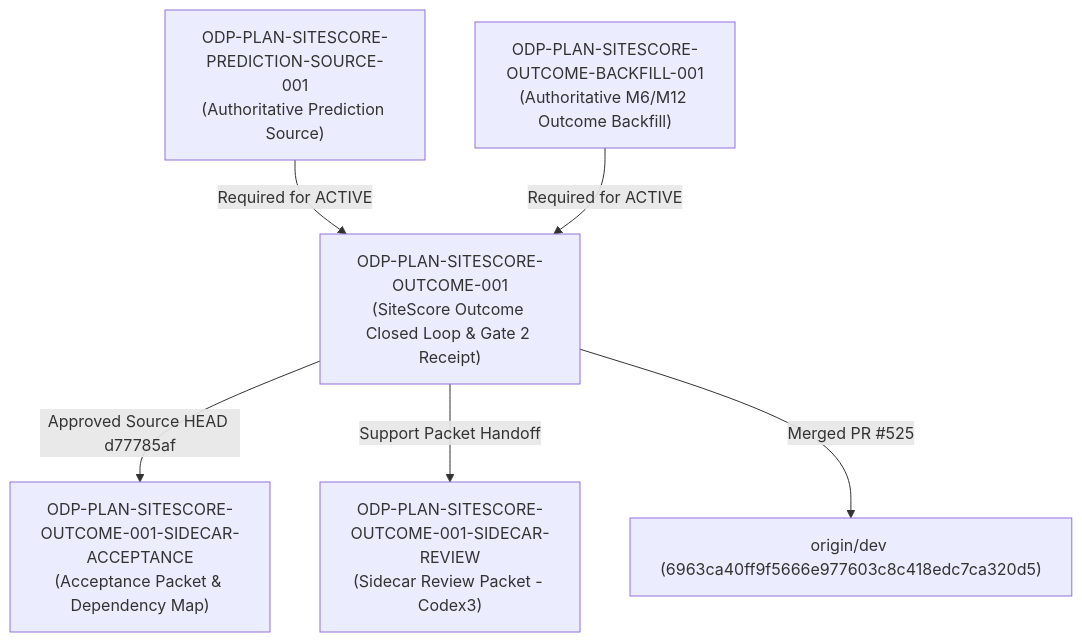
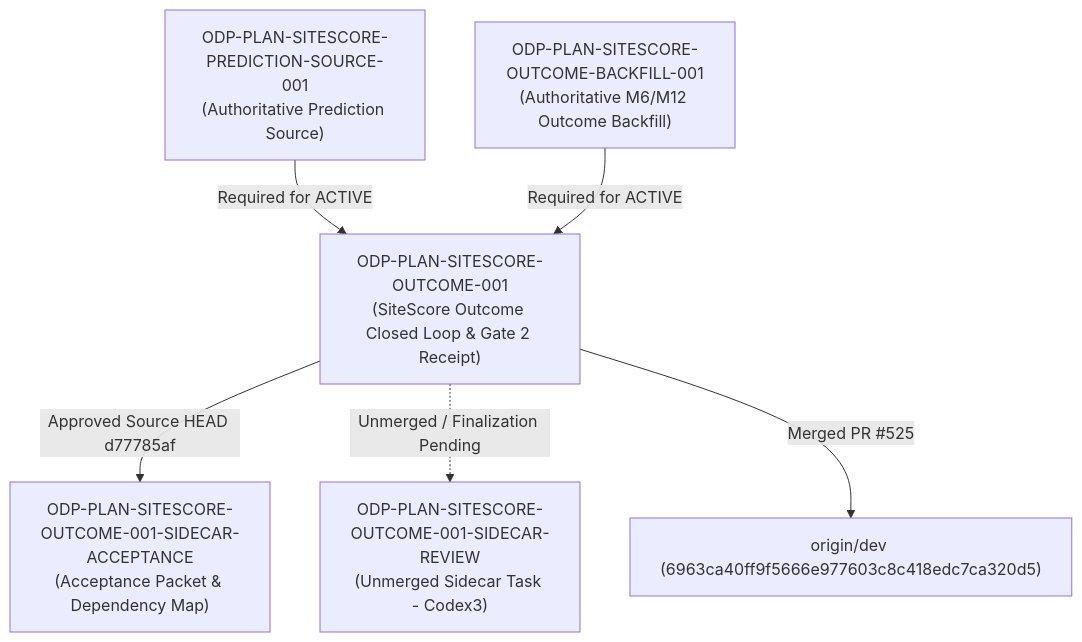
The diagram in support/sidecars/ODP-PLAN-SITESCORE-OUTCOME-001/ODP-PLAN-SITESCORE-OUTCOME-001-SIDECAR-ACCEPTANCE.md (alfloop-dev/odayplus), drawn with Mermaid before and after one commit. The commit also changed other lines of this file, not shown here.

First line of the commit message:
ODP-PLAN-SITESCORE-OUTCOME-001-SIDECAR-ACCEPTANCE: normalize test matrix and source basis

````diff
--- a/support/sidecars/ODP-PLAN-SITESCORE-OUTCOME-001/ODP-PLAN-SITESCORE-OUTCOME-001-SIDECAR-ACCEPTANCE.md
+++ b/support/sidecars/ODP-PLAN-SITESCORE-OUTCOME-001/ODP-PLAN-SITESCORE-OUTCOME-001-SIDECAR-ACCEPTANCE.md
@@ -88,8 +88,8 @@
 ```mermaid
 graph TD
     A["ODP-PLAN-SITESCORE-PREDICTION-SOURCE-001<br/>(Authoritative Prediction Source)"] -->|Required for ACTIVE| C["ODP-PLAN-SITESCORE-OUTCOME-001<br/>(SiteScore Outcome Closed Loop & Gate 2 Receipt)"]
     B["ODP-PLAN-SITESCORE-OUTCOME-BACKFILL-001<br/>(Authoritative M6/M12 Outcome Backfill)"] -->|Required for ACTIVE| C
     C -->|Approved Source HEAD d77785af| D["ODP-PLAN-SITESCORE-OUTCOME-001-SIDECAR-ACCEPTANCE<br/>(Acceptance Packet & Dependency Map)"]
-    C -->|Support Packet Handoff| E["ODP-PLAN-SITESCORE-OUTCOME-001-SIDECAR-REVIEW<br/>(Sidecar Review Packet - Codex3)"]
+    C -.->|Unmerged / Finalization Pending| E["ODP-PLAN-SITESCORE-OUTCOME-001-SIDECAR-REVIEW<br/>(Unmerged Sidecar Task - Codex3)"]
     C -->|Merged PR #525| F["origin/dev (6963ca40ff9f5666e977603c8c418edc7ca320d5)"]
 ```
````
